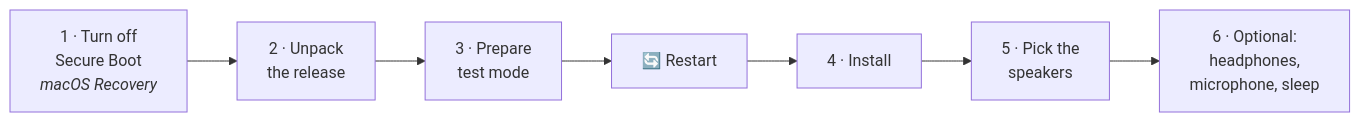
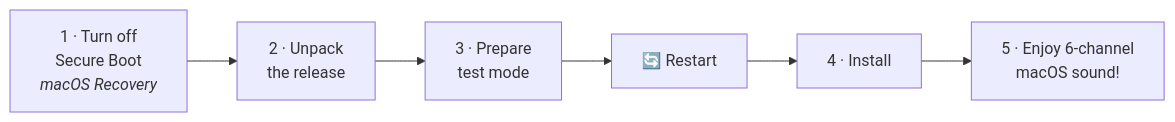
The diagram in docs/GUIDE.md (imacorpoliz/t2audiowindows), drawn with Mermaid before and after one commit. The commit also changed other lines of this file and 3 other files, not shown here.

Commit message:
docs: overhaul GUIDE, DRIVER_GUIDE, ROADMAP, and INDEX for v1.0.13.14

````diff
--- a/docs/GUIDE.md
+++ b/docs/GUIDE.md
@@ -6,9 +6,8 @@
 ```mermaid
 flowchart LR
     A[1 · Turn off<br>Secure Boot<br><i>macOS Recovery</i>] --> B[2 · Unpack<br>the release]
     B --> C[3 · Prepare<br>test mode]
     C --> D[🔄 Restart]
     D --> E[4 · Install]
-    E --> F[5 · Pick the<br>speakers]
-    F --> G[6 · Optional:<br>headphones,<br>microphone, sleep]
+    E --> F[5 · Enjoy 6-channel<br>macOS sound!]
 ```
````
